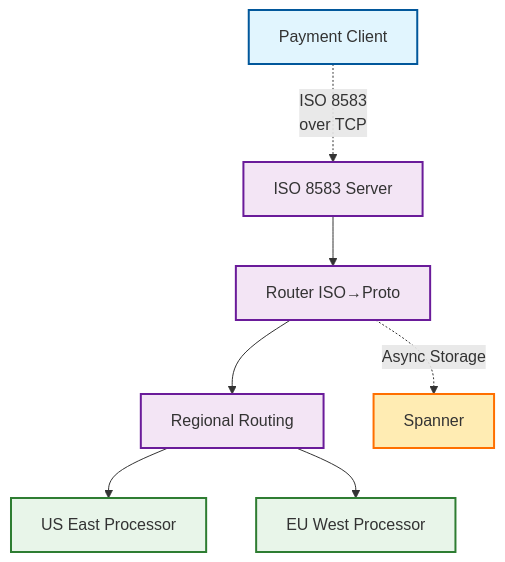
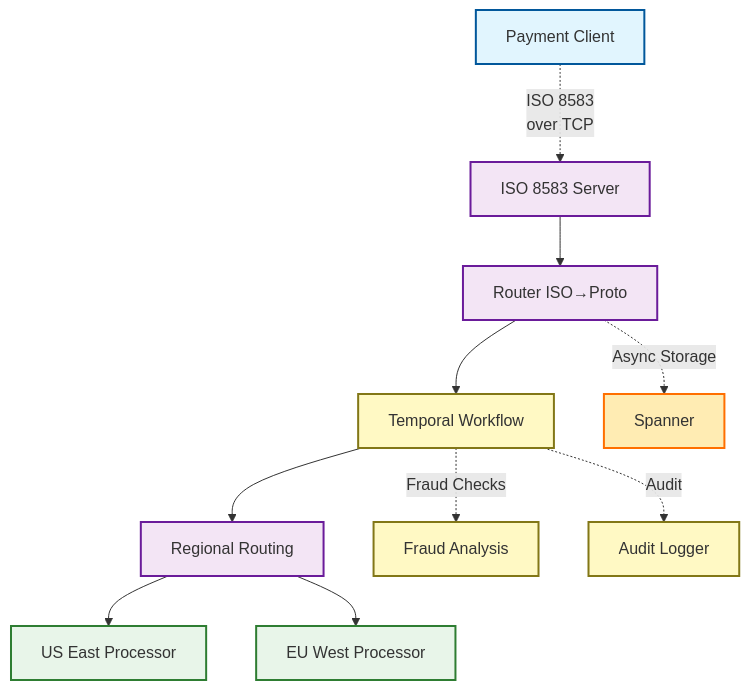
Before and after one commit to TFMV/pulse: the first of 3 diagrams in README.md, drawn with Mermaid. The commit also changed other lines of this file and 11 other files, not shown here.

````diff
--- a/README.md
+++ b/README.md
@@ -22,21 +24,26 @@
 ```mermaid
 graph TD
     classDef external fill:#e1f5fe,stroke:#01579b,stroke-width:2px
     classDef internal fill:#f3e5f5,stroke:#6a1b9a,stroke-width:2px
     classDef processor fill:#e8f5e9,stroke:#2e7d32,stroke-width:2px
     classDef storage fill:#ffecb3,stroke:#ff6f00,stroke-width:2px
+    classDef workflow fill:#fff9c4,stroke:#827717,stroke-width:2px
     
     A1[Payment Client] -.ISO 8583<br>over TCP.-> A2
     A2[ISO 8583 Server] --> A3
-    A3[Router ISO→Proto] --> A4
+    A3[Router ISO→Proto] --> A8
+    A8[Temporal Workflow] --> A4
     A4[Regional Routing] --> A5
     A4 --> A6
     A5[US East Processor]
     A6[EU West Processor]
+    A8 -.->|Fraud Checks| A9[Fraud Analysis]
+    A8 -.->|Audit| A10[Audit Logger]
     A3 -.->|Async Storage| A7[Spanner]
     
     class A1 external
     class A2,A3,A4 internal
     class A5,A6 processor
     class A7 storage
+    class A8,A9,A10 workflow
 ```
````
